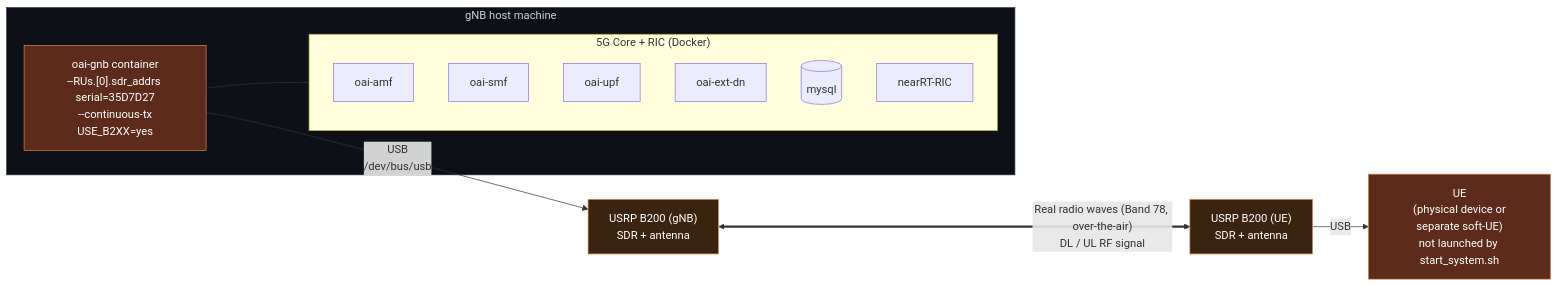
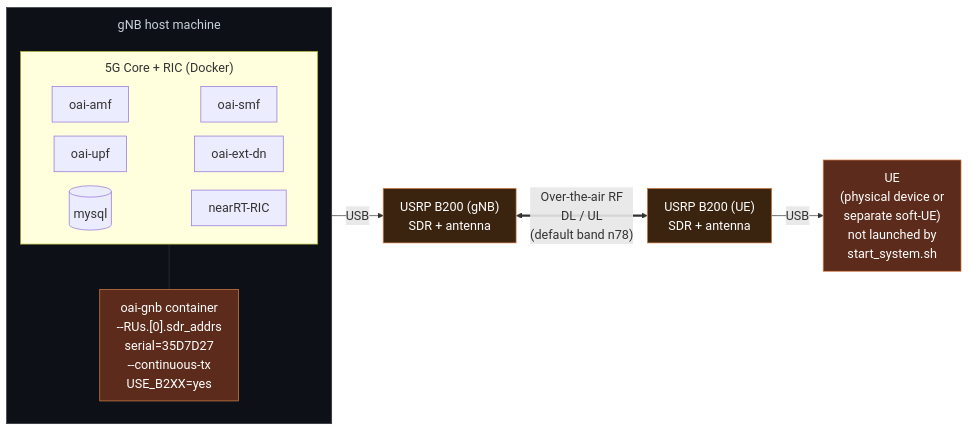
One commit to ainl-kaist/ainl-sionna-rk changed the second of 5 diagrams in doc/rfsim_vs_b200.md. Above: the diagram before and after it, drawn with Mermaid. The commit also changed other lines of this file, not shown here.

````diff
--- a/doc/rfsim_vs_b200.md
+++ b/doc/rfsim_vs_b200.md
@@ -53,29 +64,29 @@
 ```mermaid
+%%{init: {"flowchart": {"nodeSpacing": 20, "rankSpacing": 40, "padding": 12, "subGraphTitleMargin": {"top": 10, "bottom": 20}}, "themeVariables": {"fontSize": "18px"}}}%%
 flowchart LR
     subgraph HOST["gNB host machine"]
+        direction TB
         subgraph CORE["5G Core + RIC (Docker)"]
-            AMF[oai-amf]
-            SMF[oai-smf]
-            UPF[oai-upf]
-            DN[oai-ext-dn]
-            MYSQL[(mysql)]
-            RIC[nearRT-RIC]
+            direction LR
+            AMF[oai-amf] ~~~ SMF[oai-smf]
+            UPF[oai-upf] ~~~ DN[oai-ext-dn]
+            MYSQL[(mysql)] ~~~ RIC[nearRT-RIC]
         end
-        GNB["oai-gnb container<br/>--RUs.[0].sdr_addrs serial=35D7D27<br/>--continuous-tx<br/>USE_B2XX=yes"]
-        GNB --- CORE
+        GNB["oai-gnb container<br/>--RUs.[0].sdr_addrs<br/>serial=35D7D27<br/>--continuous-tx<br/>USE_B2XX=yes"]
+        CORE --- GNB
     end
 
     USRP1["USRP B200 (gNB)<br/>SDR + antenna"]
     USRP2["USRP B200 (UE)<br/>SDR + antenna"]
-    UE["UE<br/>(physical device or<br/>separate soft-UE)<br/>not launched by start_system.sh"]
+    UE["UE<br/>(physical device or<br/>separate soft-UE)<br/>not launched by<br/>start_system.sh"]
 
-    GNB -- "USB<br/>/dev/bus/usb" --> USRP1
-    USRP1 <== "Real radio waves (Band 78, over-the-air)<br/>DL / UL RF signal" ==> USRP2
+    GNB -- "USB" --> USRP1
+    USRP1 <== "Over-the-air RF<br/>DL / UL<br/>(default band n78)" ==> USRP2
     USRP2 -- "USB" --> UE
 
     style GNB fill:#5c2b1b,stroke:#d9814a,color:#fff
     style UE fill:#5c2b1b,stroke:#d9814a,color:#fff
     style USRP1 fill:#3a2410,stroke:#d9814a,color:#fff
     style USRP2 fill:#3a2410,stroke:#d9814a,color:#fff
     style HOST fill:#0d1117,stroke:#30363d,color:#c9d1d9
 ```
````
